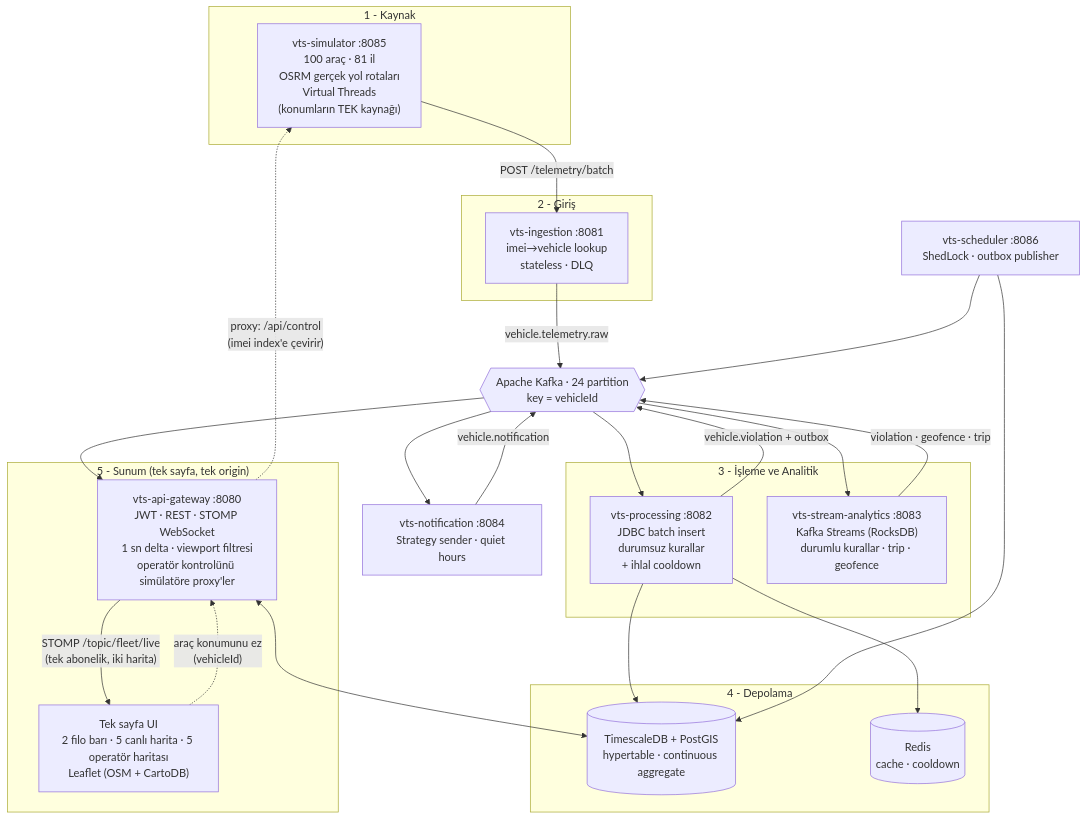
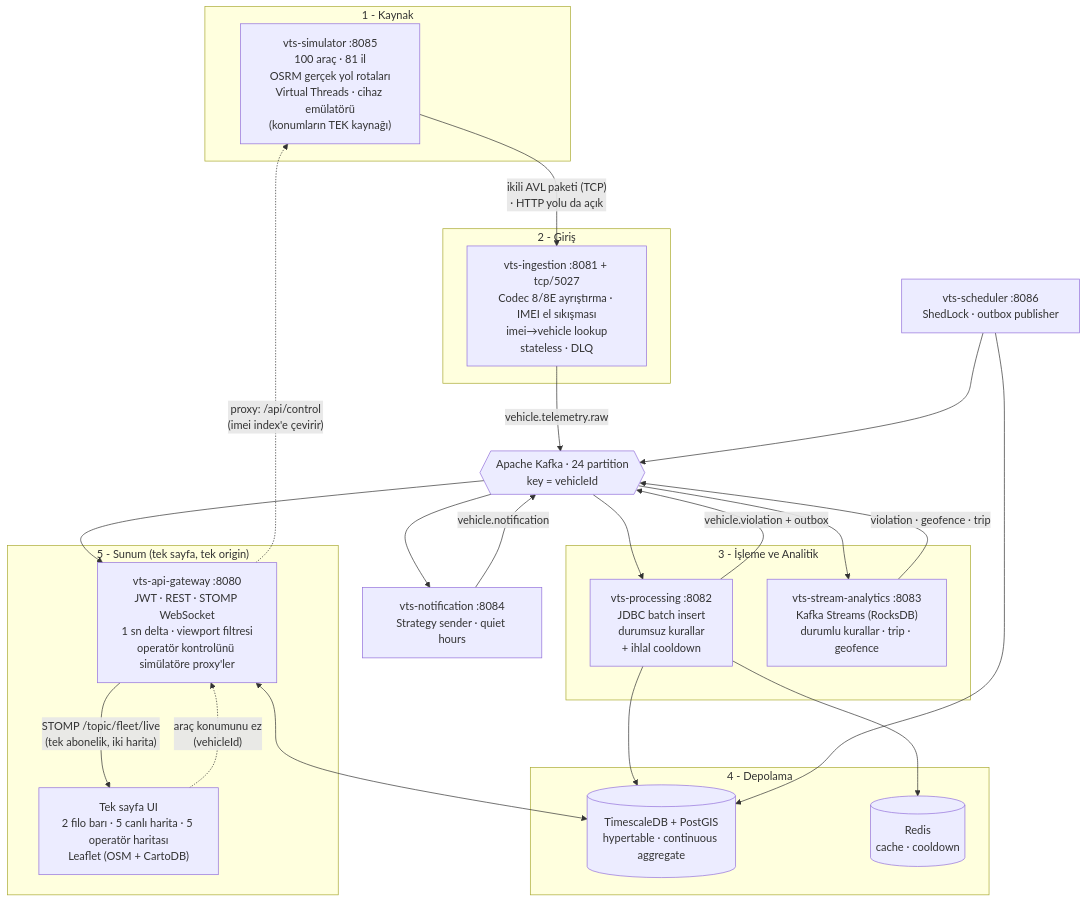
Before and after one commit to AllenVB/Vehicle-Tracking-Simulation: the diagram in README.md, drawn with Mermaid. The commit also changed other lines of this file and 2 other files, not shown here.

First line of the commit message:
docs: cihaz kanali, olay zamani ve olculen saglik taramasi

````diff
--- a/README.md
+++ b/README.md
@@ -60,48 +60,48 @@
 ```mermaid
 flowchart TB
     subgraph KAYNAK["1 - Kaynak"]
-        SIM["vts-simulator :8085<br/>100 araç · 81 il<br/>OSRM gerçek yol rotaları<br/>Virtual Threads<br/>(konumların TEK kaynağı)"]
+        SIM["vts-simulator :8085<br/>100 araç · 81 il<br/>OSRM gerçek yol rotaları<br/>Virtual Threads · cihaz emülatörü<br/>(konumların TEK kaynağı)"]
     end
 
     subgraph GIRIS["2 - Giriş"]
-        ING["vts-ingestion :8081<br/>imei→vehicle lookup<br/>stateless · DLQ"]
+        ING["vts-ingestion :8081 + tcp/5027<br/>Codec 8/8E ayrıştırma · IMEI el sıkışması<br/>imei→vehicle lookup<br/>stateless · DLQ"]
     end
 
     K{{"Apache Kafka · 24 partition<br/>key = vehicleId"}}
 
     subgraph ISLEME["3 - İşleme ve Analitik"]
         PROC["vts-processing :8082<br/>JDBC batch insert<br/>durumsuz kurallar<br/>+ ihlal cooldown"]
         STR["vts-stream-analytics :8083<br/>Kafka Streams (RocksDB)<br/>durumlu kurallar · trip · geofence"]
     end
 
     subgraph DEPO["4 - Depolama"]
         TS[("TimescaleDB + PostGIS<br/>hypertable · continuous aggregate")]
         RD[("Redis<br/>cache · cooldown")]
     end
 
     NOT["vts-notification :8084<br/>Strategy sender · quiet hours"]
     SCH["vts-scheduler :8086<br/>ShedLock · outbox publisher"]
 
     subgraph SUNUM["5 - Sunum (tek sayfa, tek origin)"]
         GW["vts-api-gateway :8080<br/>JWT · REST · STOMP WebSocket<br/>1 sn delta · viewport filtresi<br/>operatör kontrolünü simülatöre proxy'ler"]
         UI["Tek sayfa UI<br/>2 filo barı · 5 canlı harita · 5 operatör haritası<br/>Leaflet (OSM + CartoDB)"]
     end
 
     UI -.->|"araç konumunu ez<br/>(vehicleId)"| GW
     GW -.->|"proxy: /api/control<br/>(imei index'e çevirir)"| SIM
-    SIM -->|"POST /telemetry/batch"| ING
+    SIM -->|"ikili AVL paketi (TCP)<br/>· HTTP yolu da açık"| ING
     ING -->|"vehicle.telemetry.raw"| K
     K --> PROC
     K --> STR
     PROC --> TS
     PROC --> RD
     PROC -->|"vehicle.violation + outbox"| K
     STR -->|"violation · geofence · trip"| K
     K --> NOT
     NOT -->|"vehicle.notification"| K
     K --> GW
     GW <--> TS
     SCH --> TS
     SCH --> K
     GW -->|"STOMP /topic/fleet/live<br/>(tek abonelik, iki harita)"| UI
 ```
````
